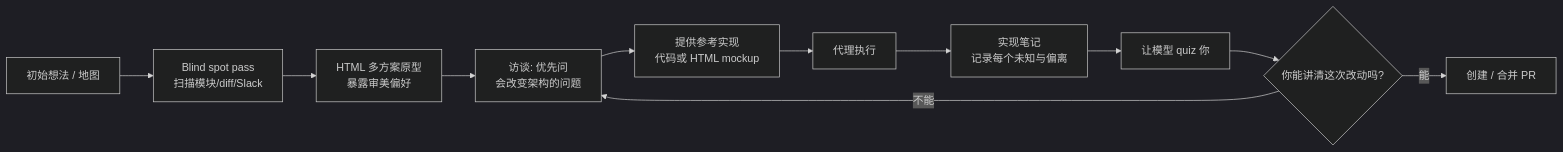
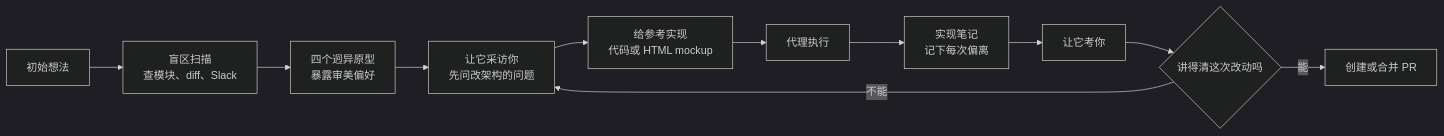
Before and after one commit to yzw7489757/ai-coding-videos: the second of 2 diagrams in docs/06-field-guide-to-fable.md, drawn with Mermaid (dark theme). The commit also changed other lines of this file and 9 other files, not shown here.

````diff
--- a/docs/06-field-guide-to-fable.md
+++ b/docs/06-field-guide-to-fable.md
@@ -122,13 +202,13 @@
 ```mermaid
 flowchart LR
-    A[初始想法 / 地图] --> B[Blind spot pass<br/>扫描模块/diff/Slack]
-    B --> C[HTML 多方案原型<br/>暴露审美偏好]
-    C --> D[访谈: 优先问<br/>会改变架构的问题]
-    D --> E[提供参考实现<br/>代码或 HTML mockup]
-    E --> F[代理执行]
-    F --> G[实现笔记<br/>记录每个未知与偏离]
-    G --> H[让模型 quiz 你]
-    H --> I{你能讲清这次改动吗?}
-    I -- 能 --> J[创建 / 合并 PR]
+    A["初始想法"] --> B["盲区扫描<br/>查模块、diff、Slack"]
+    B --> C["四个迥异原型<br/>暴露审美偏好"]
+    C --> D["让它采访你<br/>先问改架构的问题"]
+    D --> E["给参考实现<br/>代码或 HTML mockup"]
+    E --> F["代理执行"]
+    F --> G["实现笔记<br/>记下每次偏离"]
+    G --> H["让它考你"]
+    H --> I{"讲得清这次改动吗"}
+    I -- 能 --> J["创建或合并 PR"]
     I -- 不能 --> D
 ```
````
